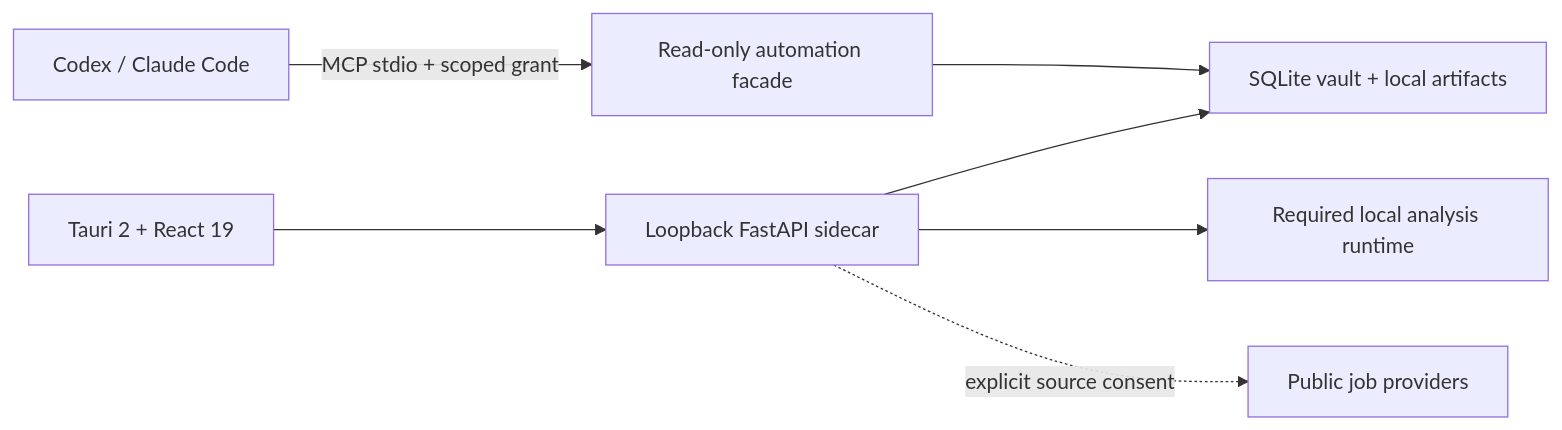
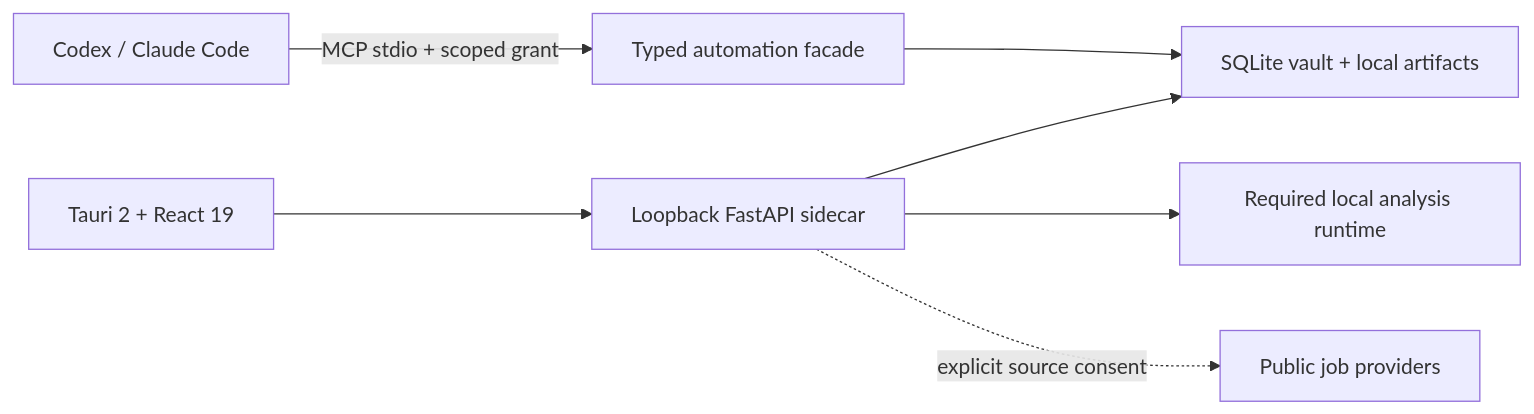
Before and after one commit to ejupi-djenis30/careeros-local: the diagram in README.md, drawn with Mermaid. The commit also changed other lines of this file and 93 other files, not shown here.

````diff
--- a/README.md
+++ b/README.md
@@ -119,9 +119,9 @@
 ```mermaid
 flowchart LR
     UI["Tauri 2 + React 19"] --> API["Loopback FastAPI sidecar"]
     API --> Vault["SQLite vault + local artifacts"]
     API --> AI["Required local analysis runtime"]
     API -. "explicit source consent" .-> Jobs["Public job providers"]
-    Agent["Codex / Claude Code"] -->|"MCP stdio + scoped grant"| Automation["Read-only automation facade"]
+    Agent["Codex / Claude Code"] -->|"MCP stdio + scoped grant"| Automation["Typed automation facade"]
     Automation --> Vault
 ```
````
